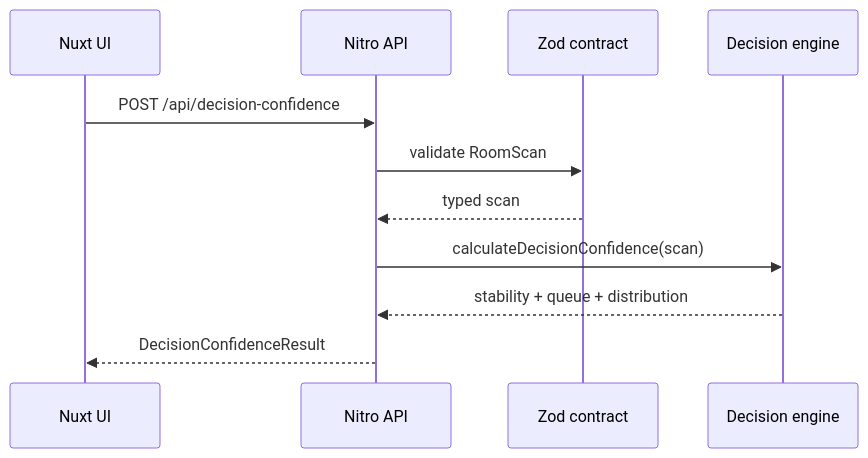
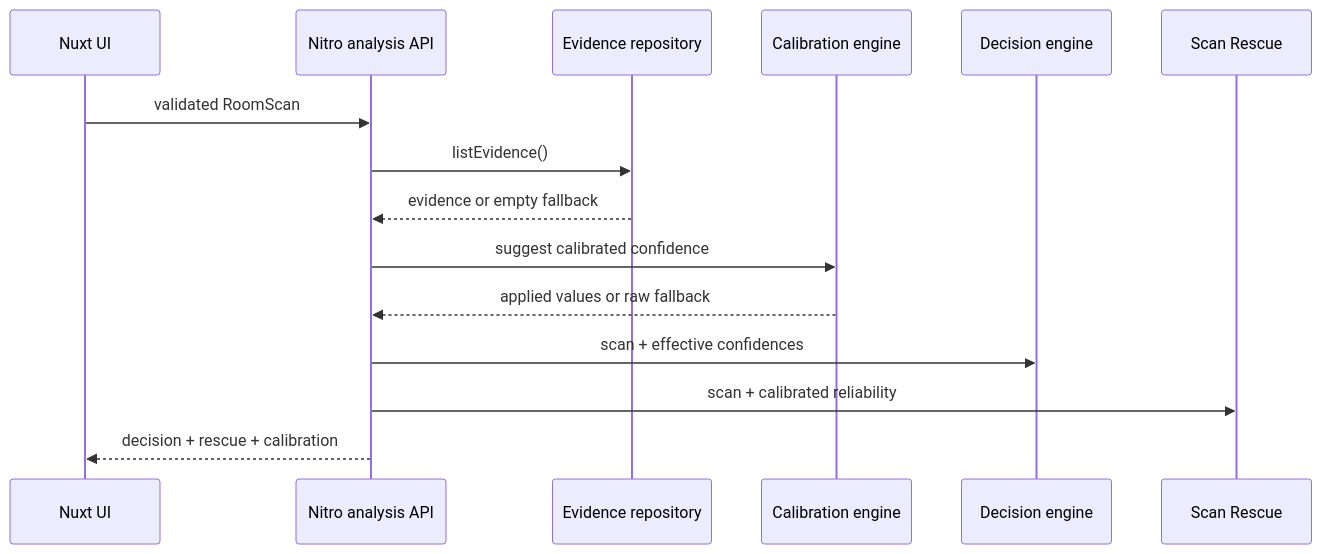
The first of 2 diagrams in docs/ARCHITECTURE.md (JosvierR/HomeLens), drawn with Mermaid before and after one commit. The commit also changed other lines of this file and 88 other files, not shown here.

First line of the commit message:
feat: ship calibrated decision confidence and Scan Rescue

````diff
--- a/docs/ARCHITECTURE.md
+++ b/docs/ARCHITECTURE.md
@@ -27,13 +41,17 @@
 ```mermaid
 sequenceDiagram
     participant UI as Nuxt UI
-    participant API as Nitro API
-    participant VAL as Zod contract
-    participant ENG as Decision engine
-    UI->>API: POST /api/decision-confidence
-    API->>VAL: validate RoomScan
-    VAL-->>API: typed scan
-    API->>ENG: calculateDecisionConfidence(scan)
-    ENG-->>API: stability + queue + distribution
-    API-->>UI: DecisionConfidenceResult
+    participant API as Nitro analysis API
+    participant Repo as Evidence repository
+    participant Cal as Calibration engine
+    participant Dec as Decision engine
+    participant Rescue as Scan Rescue
+    UI->>API: validated RoomScan
+    API->>Repo: listEvidence()
+    Repo-->>API: evidence or empty fallback
+    API->>Cal: suggest calibrated confidence
+    Cal-->>API: applied values or raw fallback
+    API->>Dec: scan + effective confidences
+    API->>Rescue: scan + calibrated reliability
+    API-->>UI: decision + rescue + calibration
 ```
````
